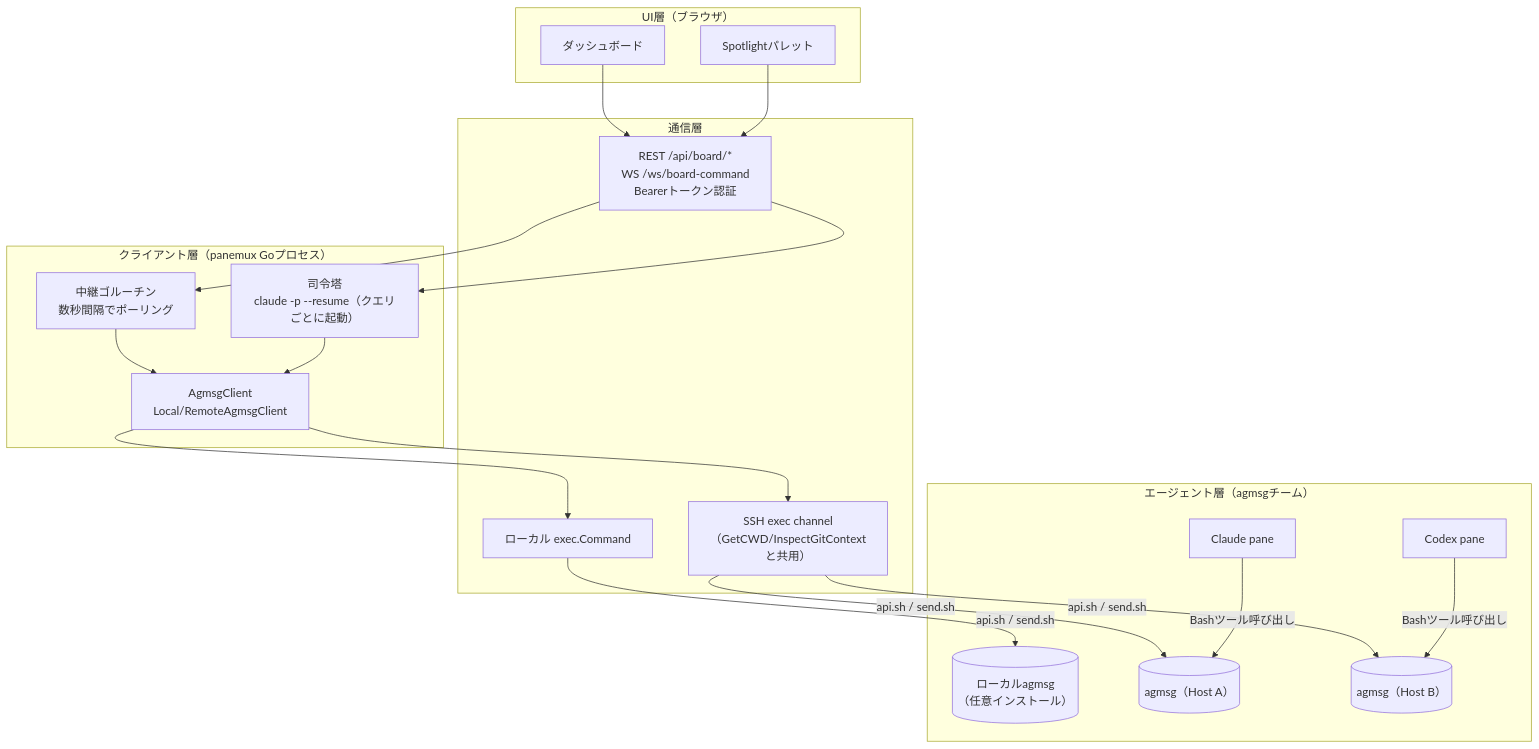
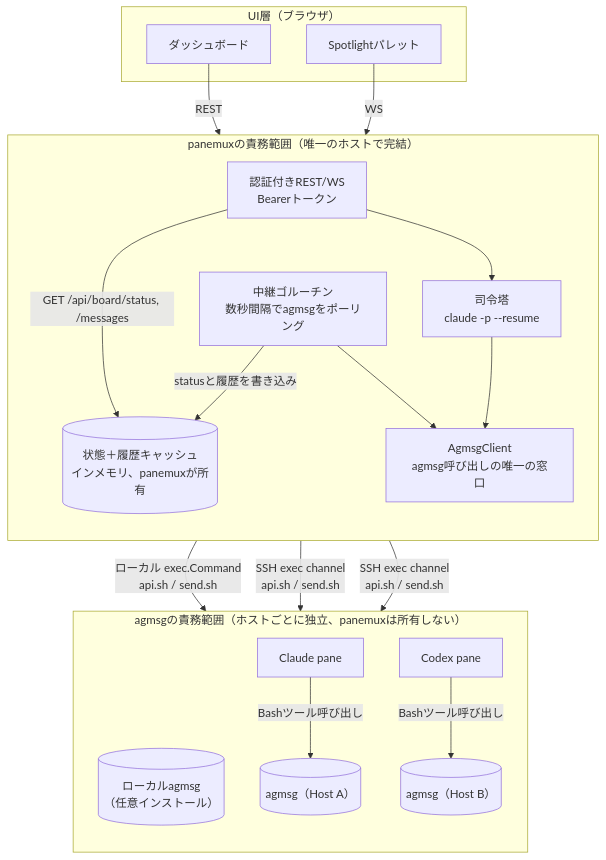
Before and after one commit to tomo-chan/panemux: the first of 3 diagrams in docs/agent-board.md, drawn with Mermaid. The commit also changed other lines of this file, not shown here.

First line of the commit message:
docs: redraw architecture as panemux/agmsg responsibility boundaries

````diff
--- a/docs/agent-board.md
+++ b/docs/agent-board.md
@@ -83,41 +83,39 @@
 ```mermaid
 flowchart TB
     subgraph UILayer["UI層（ブラウザ）"]
         Dashboard["ダッシュボード"]
         Palette["Spotlightパレット"]
     end
 
-    subgraph CommLayer["通信層"]
-        RestWs["REST /api/board/*<br/>WS /ws/board-command<br/>Bearerトークン認証"]
-        LocalExec["ローカル exec.Command"]
-        ExecCh["SSH exec channel<br/>（GetCWD/InspectGitContextと共用）"]
+    subgraph PanemuxBoundary["panemuxの責務範囲（唯一のホストで完結）"]
+        direction TB
+        AuthAPI["認証付きREST/WS<br/>Bearerトークン"]
+        BoardCache[("状態＋履歴キャッシュ<br/>インメモリ、panemuxが所有")]
+        Relay["中継ゴルーチン<br/>数秒間隔でagmsgをポーリング"]
+        CmdCenter["司令塔<br/>claude -p --resume"]
+        AgmsgClient["AgmsgClient<br/>agmsg呼び出しの唯一の窓口"]
+
+        AuthAPI -->|"GET /api/board/status, /messages"| BoardCache
+        AuthAPI --> CmdCenter
+        Relay -->|"statusと履歴を書き込み"| BoardCache
+        Relay --> AgmsgClient
+        CmdCenter --> AgmsgClient
     end
 
-    subgraph ClientLayer["クライアント層（panemux Goプロセス）"]
-        Relay["中継ゴルーチン<br/>数秒間隔でポーリング"]
-        CmdCenter["司令塔<br/>claude -p --resume（クエリごとに起動）"]
-        AgmsgClient["AgmsgClient<br/>Local/RemoteAgmsgClient"]
-    end
-
-    subgraph AgentLayer["エージェント層（agmsgチーム）"]
-        LocalAgmsg[("ローカルagmsg<br/>（任意インストール）")]
+    subgraph AgmsgBoundary["agmsgの責務範囲（ホストごとに独立、panemuxは所有しない）"]
+        direction TB
+        AgmsgLocal[("ローカルagmsg<br/>（任意インストール）")]
         AgmsgA[("agmsg（Host A）")]
         ClaudeA["Claude pane"]
         AgmsgB[("agmsg（Host B）")]
         CodexB["Codex pane"]
+        ClaudeA -->|"Bashツール呼び出し"| AgmsgA
+        CodexB -->|"Bashツール呼び出し"| AgmsgB
     end
 
-    Dashboard --> RestWs
-    Palette --> RestWs
-    RestWs --> Relay
-    RestWs --> CmdCenter
-    Relay --> AgmsgClient
-    CmdCenter --> AgmsgClient
-    AgmsgClient --> LocalExec
-    AgmsgClient --> ExecCh
-    LocalExec -->|"api.sh / send.sh"| LocalAgmsg
-    ExecCh -->|"api.sh / send.sh"| AgmsgA
-    ExecCh -->|"api.sh / send.sh"| AgmsgB
-    ClaudeA -->|"Bashツール呼び出し"| AgmsgA
-    CodexB -->|"Bashツール呼び出し"| AgmsgB
+    Dashboard -->|"REST"| AuthAPI
+    Palette -->|"WS"| AuthAPI
+    AgmsgClient -->|"ローカル exec.Command<br/>api.sh / send.sh"| AgmsgLocal
+    AgmsgClient -->|"SSH exec channel<br/>api.sh / send.sh"| AgmsgA
+    AgmsgClient -->|"SSH exec channel<br/>api.sh / send.sh"| AgmsgB
 ```
````
